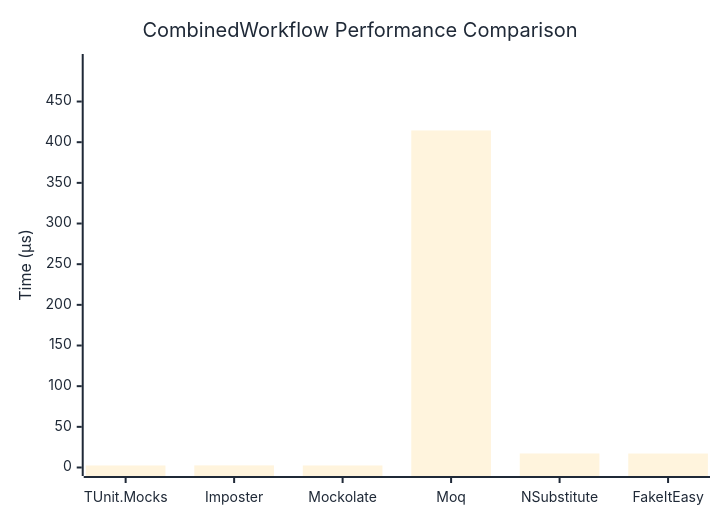
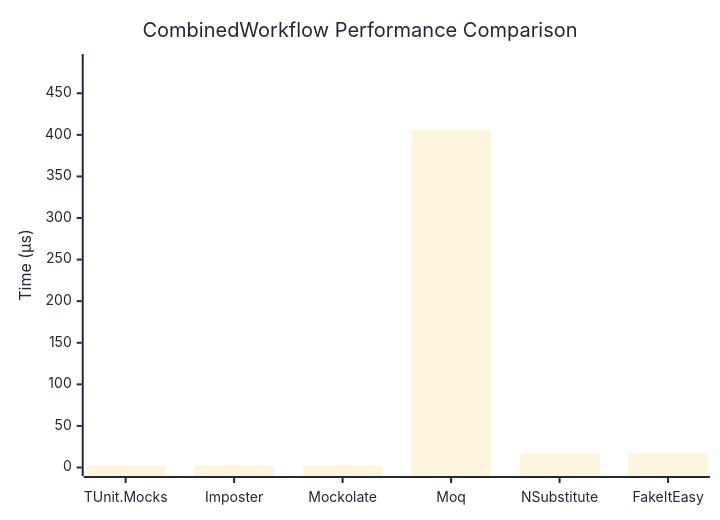
The diagram in docs/docs/benchmarks/mocks/CombinedWorkflow.md (thomhurst/TUnit), drawn with Mermaid before and after one commit. The commit also changed other lines of this file and 14 other files, not shown here.

````diff
--- a/docs/docs/benchmarks/mocks/CombinedWorkflow.md
+++ b/docs/docs/benchmarks/mocks/CombinedWorkflow.md
@@ -28,27 +28,27 @@
 ```mermaid
 %%{init: {
   'theme':'base',
   'themeVariables': {
     'primaryColor': '#2563eb',
     'primaryTextColor': '#1f2937',
     'primaryBorderColor': '#1e40af',
     'lineColor': '#6b7280',
     'secondaryColor': '#7c3aed',
     'tertiaryColor': '#dc2626',
     'background': '#ffffff',
     'pie1': '#2563eb',
     'pie2': '#7c3aed',
     'pie3': '#dc2626',
     'pie4': '#f59e0b',
     'pie5': '#10b981',
     'pie6': '#06b6d4',
     'pie7': '#ec4899',
     'pie8': '#6366f1'
   }
 }}%%
 xychart-beta
   title "CombinedWorkflow Performance Comparison"
   x-axis ["TUnit.Mocks", "Imposter", "Mockolate", "Moq", "NSubstitute", "FakeItEasy"]
-  y-axis "Time (μs)" 0 --> 498
-  bar [2.472, 2.598, 2.504, 414.451, 17.237, 17.193]
+  y-axis "Time (μs)" 0 --> 487
+  bar [1.927, 2.695, 2.404, 405.221, 17.325, 17.442]
 ```
````
